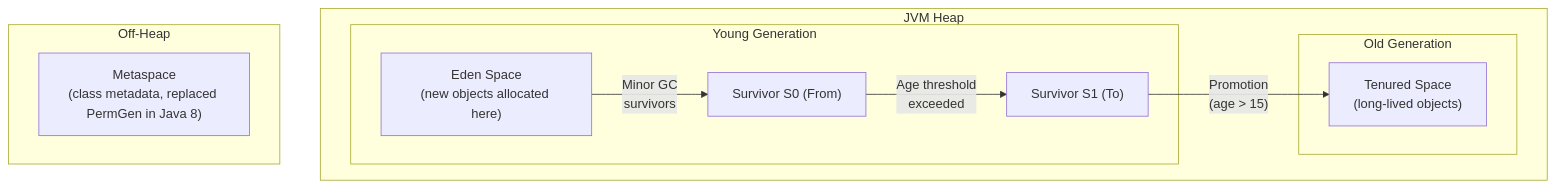
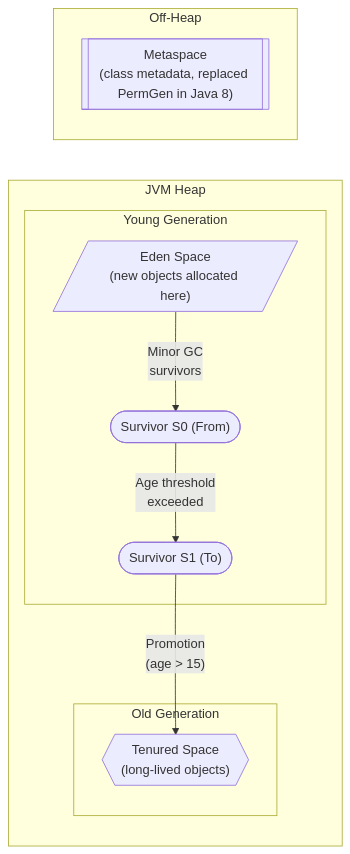
Before and after one commit to saivamsikaruturi/vamsilabs-dev-notes-main: the first of 3 diagrams in docs/java/GarbageCollection.md, drawn with Mermaid. The commit also changed other lines of this file and 146 other files, not shown here.

Commit message:
Horizontal diagrams, UML class diagrams, typography overhaul, and permalink cleanup

````diff
--- a/docs/java/GarbageCollection.md
+++ b/docs/java/GarbageCollection.md
@@ -65,20 +65,20 @@
 ```mermaid
-graph TD
+flowchart LR
     subgraph JVM Heap
         subgraph Young Generation
-            Eden["Eden Space<br/>(new objects allocated here)"]
-            S0["Survivor S0 (From)"]
-            S1["Survivor S1 (To)"]
+            Eden[/"Eden Space<br/>(new objects allocated here)"/]
+            S0(["Survivor S0 (From)"])
+            S1(["Survivor S1 (To)"])
         end
         subgraph Old Generation
-            Tenured["Tenured Space<br/>(long-lived objects)"]
+            Tenured{{"Tenured Space<br/>(long-lived objects)"}}
         end
     end
     subgraph Off-Heap
-        Meta["Metaspace<br/>(class metadata, replaced PermGen in Java 8)"]
+        Meta[["Metaspace<br/>(class metadata, replaced PermGen in Java 8)"]]
     end
 
     Eden -->|"Minor GC<br/>survivors"| S0
     S0 -->|"Age threshold<br/>exceeded"| S1
     S1 -->|"Promotion<br/>(age > 15)"| Tenured
 ```
````
